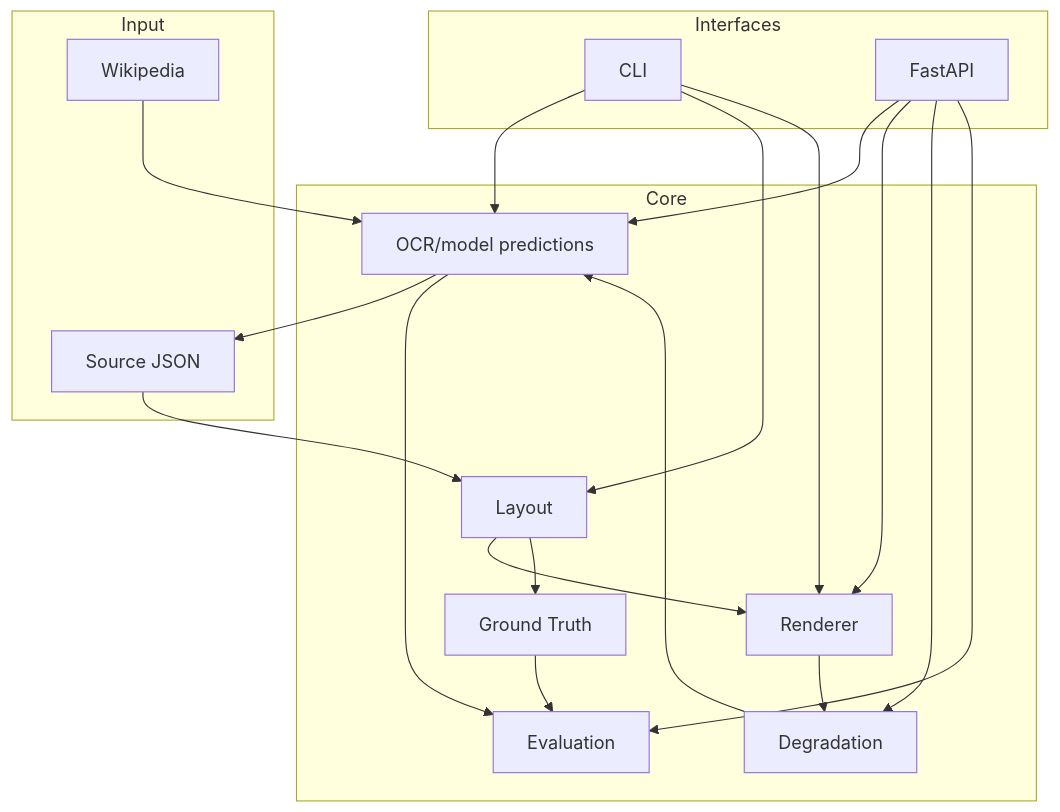
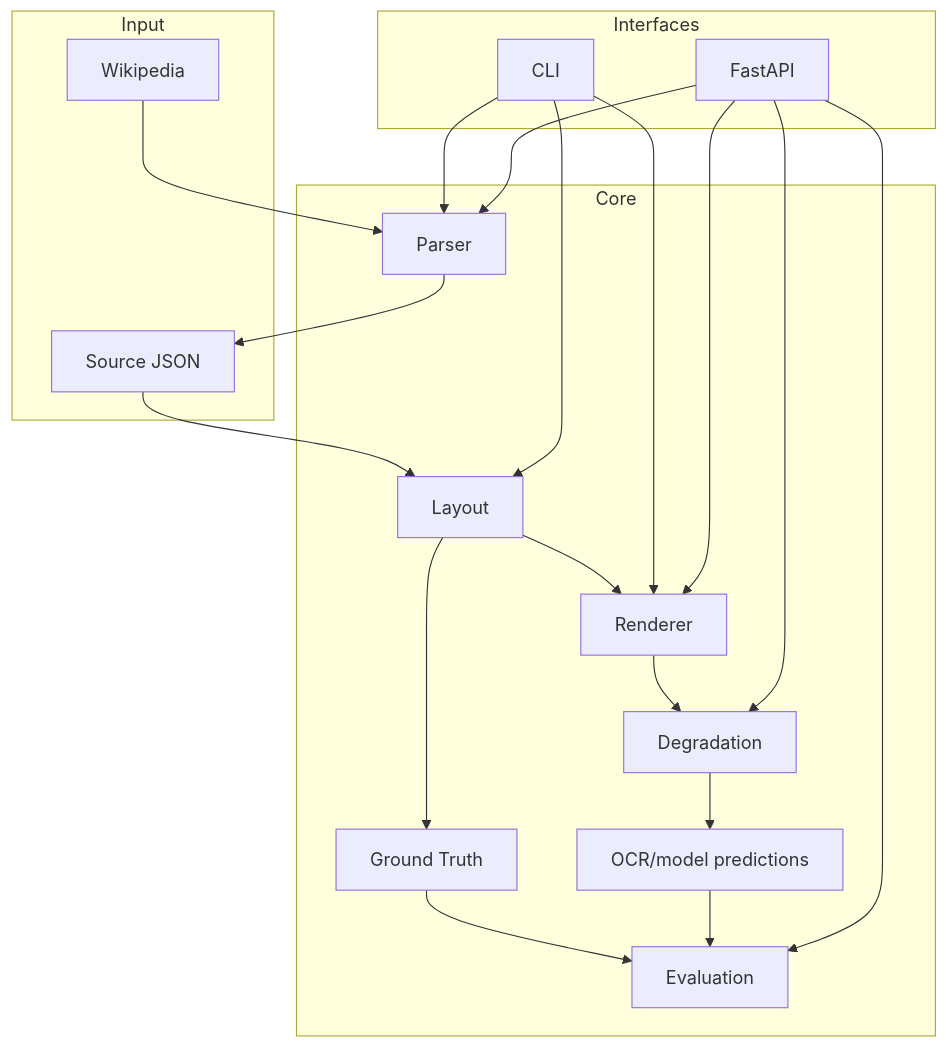
Before and after one commit to vorobev-danila/PolyDocBench: the second of 2 diagrams in README.md, drawn with Mermaid. The commit also changed other lines of this file and 7 other files, not shown here.

````diff
--- a/README.md
+++ b/README.md
@@ -56,37 +57,37 @@
 ```mermaid
 flowchart TB
     subgraph Input
         W[Wikipedia]
         J[Source JSON]
     end
 
     subgraph Core
         P[Parser]
         L[Layout]
         R[Renderer]
         G[Ground Truth]
         D[Degradation]
-        P[OCR/model predictions]
+        M[OCR/model predictions]
         E[Evaluation]
     end
 
     subgraph Interfaces
         C[CLI]
         A[FastAPI]
     end
 
     W --> P --> J
     J --> L --> R
     L --> G
     R --> D
-    D --> P
+    D --> M
     G --> E
-    P --> E
+    M --> E
     C --> P
     C --> L
     C --> R
     A --> P
     A --> R
     A --> D
     A --> E
 ```
````
